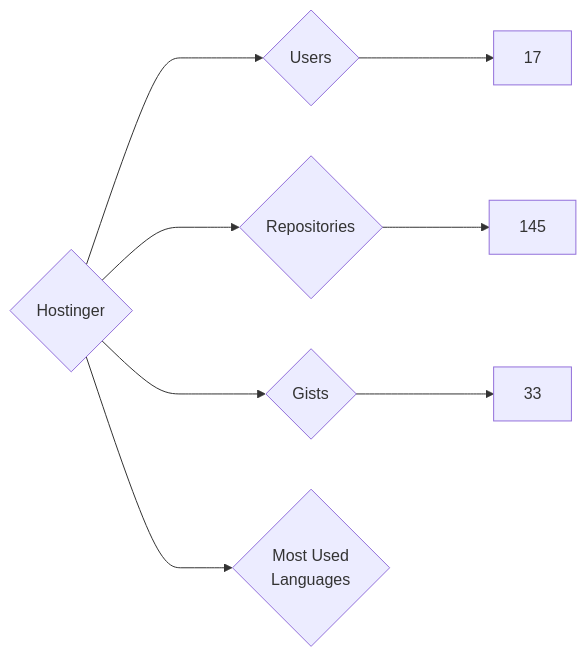
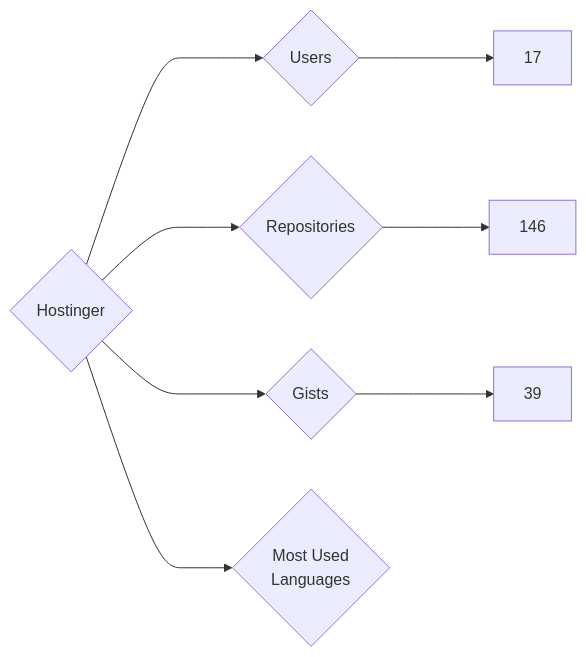
Before and after one commit to nenadzaric/insiders: the diagram in targets/Hostinger/README.md, drawn with Mermaid. The commit also changed 1342 other files, not shown here.

````diff
--- a/targets/Hostinger/README.md
+++ b/targets/Hostinger/README.md
@@ -3,8 +3,8 @@
 ```mermaid
 graph LR
 COMPANY_NAME{Hostinger}
 COMPANY_NAME ---> U{Users} ---> UN[17]
-COMPANY_NAME ---> R{Repositories} ---> RN[145]
-COMPANY_NAME ---> G{Gists} ---> GN[33]
+COMPANY_NAME ---> R{Repositories} ---> RN[146]
+COMPANY_NAME ---> G{Gists} ---> GN[39]
 COMPANY_NAME ---> ML{Most Used<br>Languages}
 ```
````
